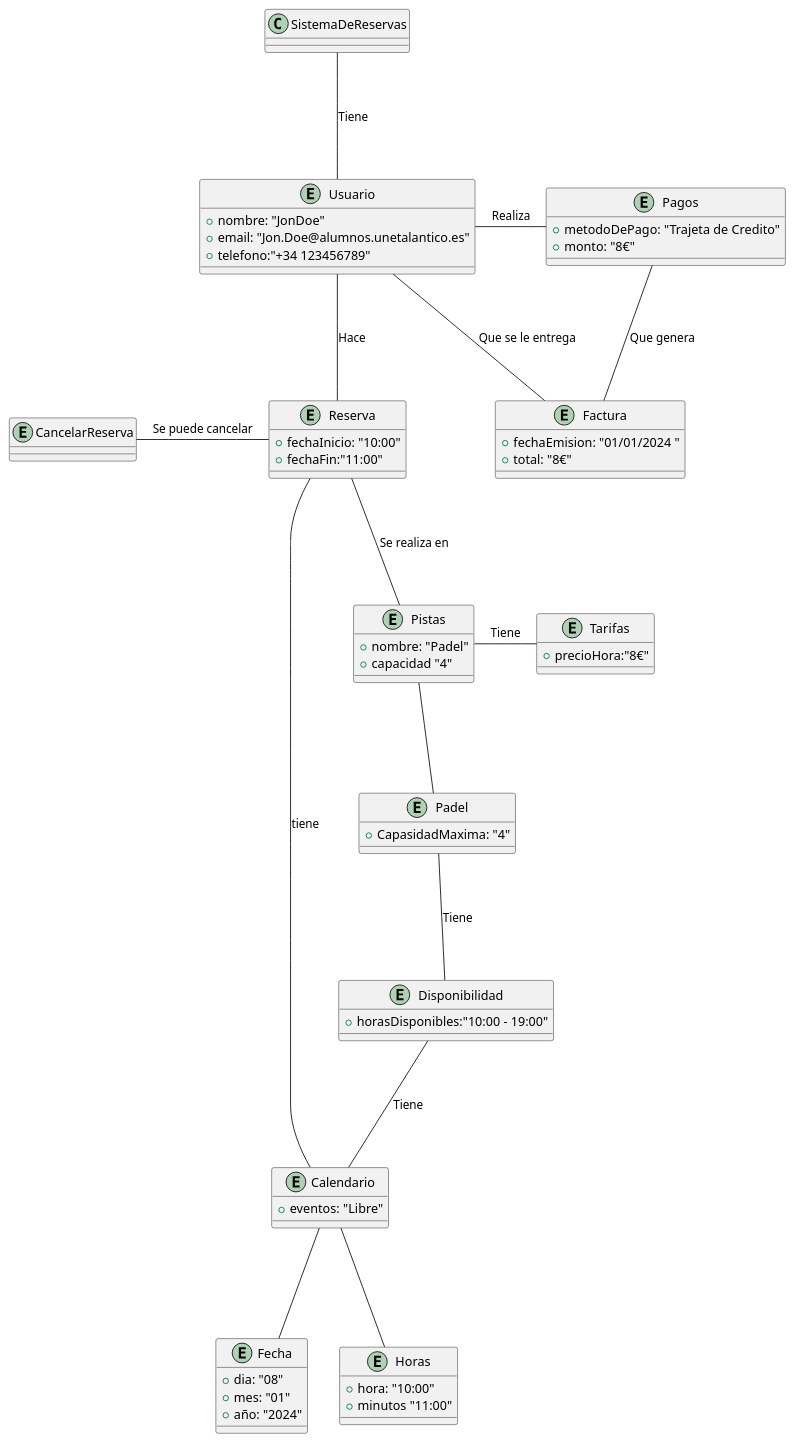
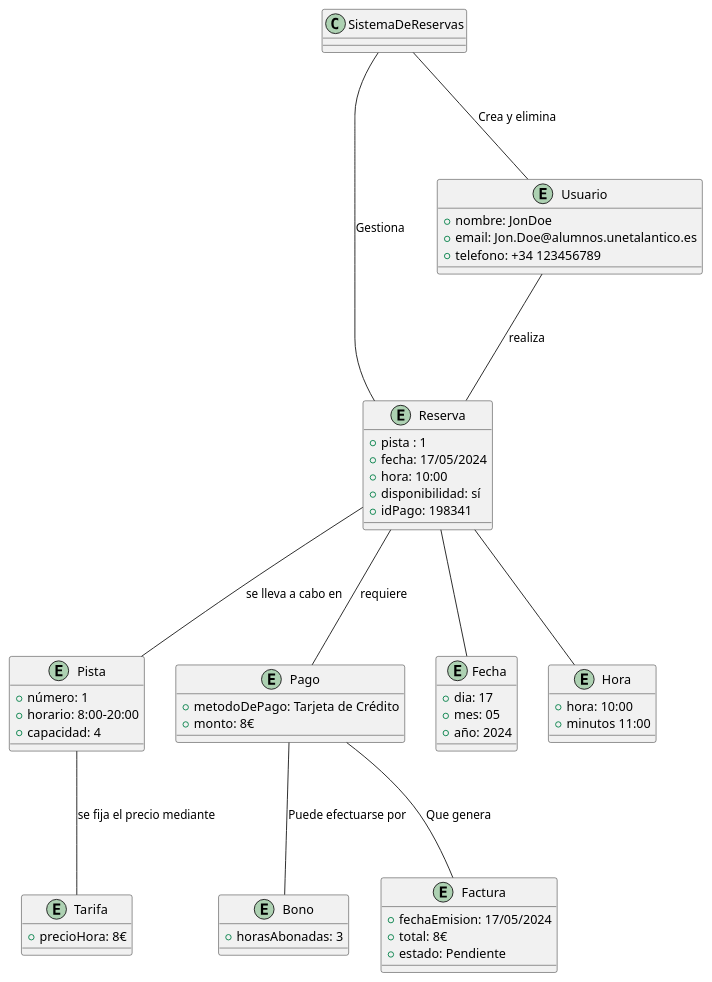
Before and after one commit to pablarce/23-24-IdSw1-SDR: the diagram in ModeloDeDominio/DiagramaDeObjetos.puml, drawn with PlantUML. The commit also changed 1 other file, not shown here.

Commit message:
Diagrama de objetos de modelo del dominio

```diff
--- a/ModeloDeDominio/DiagramaDeObjetos.puml
+++ b/ModeloDeDominio/DiagramaDeObjetos.puml
@@ -1,77 +1,55 @@
 @startuml
-entity Pistas {
-  + nombre: "Padel"
-  + capacidad "4"
-}
-
-entity Padel {
-  + CapasidadMaxima: "4"
-}
-
-
-
-entity Calendario {
-  + eventos: "Libre"
-}
-
-entity Usuario {
-  + nombre: "JonDoe"
-  + email: "Jon.Doe@alumnos.unetalantico.es"
-  + telefono:"+34 123456789"
-}
-
-entity Pagos {
-  + metodoDePago: "Trajeta de Credito"
-  + monto: "8€"
-}
-
-entity Factura {
-  + fechaEmision: "01/01/2024 "
-  + total: "8€"
-}
-
-entity Tarifas {
-  + precioHora:"8€"
-}
-
-entity Disponibilidad {
-  + horasDisponibles:"10:00 - 19:00"
-}
 
 entity Reserva {
-  + fechaInicio: "10:00"
-  + fechaFin:"11:00"
+  + pista : 1
+  + fecha: 17/05/2024
+  + hora: 10:00
+  + disponibilidad: sí
+  + idPago: 198341
 }
+entity Usuario {
+  + nombre: JonDoe
+  + email: Jon.Doe@alumnos.unetalantico.es
+  + telefono: +34 123456789
+}
+entity Pista {
+  + número: 1 
+  + horario: 8:00-20:00
+  + capacidad: 4
+}
+entity Pago {
+  + metodoDePago: Tarjeta de Crédito
+  + monto: 8€
+}
+entity Bono {
+  + horasAbonadas: 3
+}
+entity Factura {
+  + fechaEmision: 17/05/2024 
+  + total: 8€
+  + estado: Pendiente
+}
+entity Tarifa {
+  + precioHora: 8€
+}
+entity Fecha {
+  + dia: 17
+  + mes: 05
+  + año: 2024
+}
+entity Hora {
+  + hora: 10:00
+  + minutos 11:00
+}
+SistemaDeReservas --- Usuario : Crea y elimina
+SistemaDeReservas --- Reserva : Gestiona
+Usuario --- Reserva: realiza
+Reserva --- Pago: requiere
+Reserva --- Pista: se lleva a cabo en
+Pista --- Tarifa: se fija el precio mediante
+Reserva --- Fecha
+Reserva --- Hora
+Pago --- Factura: Que genera 
+Pago --- Bono : Puede efectuarse por
 
-entity CancelarReserva {
-}
-
-entity Fecha {
-  + dia: "08"
-  + mes: "01"
-  + año: "2024"
-}
-
-entity Horas {
-  + hora: "10:00"
-  + minutos "11:00"
-}
-
-
-
-SistemaDeReservas --- Usuario: Tiene
-Usuario --- Reserva: Hace
-Reserva -L- Calendario: tiene
-Usuario -R- Pagos: Realiza
-Pagos --- Factura: Que genera 
-Factura --- Usuario: Que se le entrega
-Reserva --- Pistas: Se realiza en
-Reserva -L- CancelarReserva: Se puede cancelar
-Pistas--- Padel
-
-Pistas -R- Tarifas: Tiene
-Padel --- Disponibilidad: Tiene
-Disponibilidad--- Calendario: Tiene
-Calendario --- Fecha
-Calendario --- Horas
 @enduml
```
